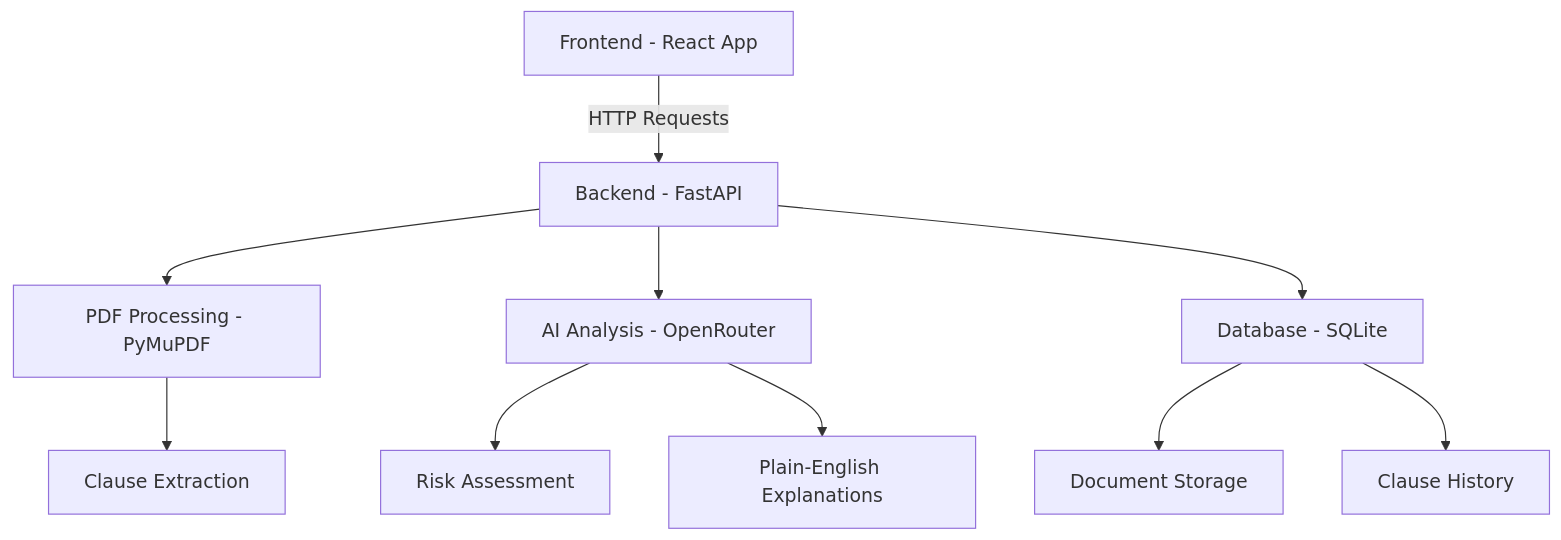
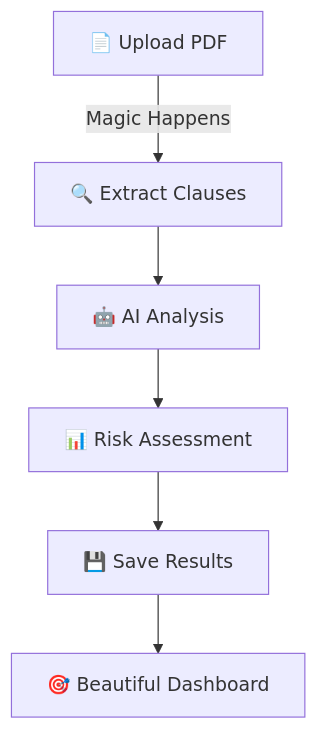
The diagram in README.md (Asmith-M/ClauseIQ), drawn with Mermaid before and after one commit. The commit also changed other lines of this file, not shown here.

````diff
--- a/README.md
+++ b/README.md
@@ -59,12 +76,8 @@
 ```mermaid
 graph TD
-    A[Frontend - React App] -->|HTTP Requests| B[Backend - FastAPI]
-    B --> C[PDF Processing - PyMuPDF]
-    B --> D[AI Analysis - OpenRouter]
-    B --> E[Database - SQLite]
-    C --> F[Clause Extraction]
-    D --> G[Risk Assessment]
-    D --> H[Plain-English Explanations]
-    E --> I[Document Storage]
-    E --> J[Clause History]
+    A[📄 Upload PDF] -->|Magic Happens| B[🔍 Extract Clauses]
+    B --> C[🤖 AI Analysis]
+    C --> D[📊 Risk Assessment]
+    D --> E[💾 Save Results]
+    E --> F[🎯 Beautiful Dashboard]
 ```
````
